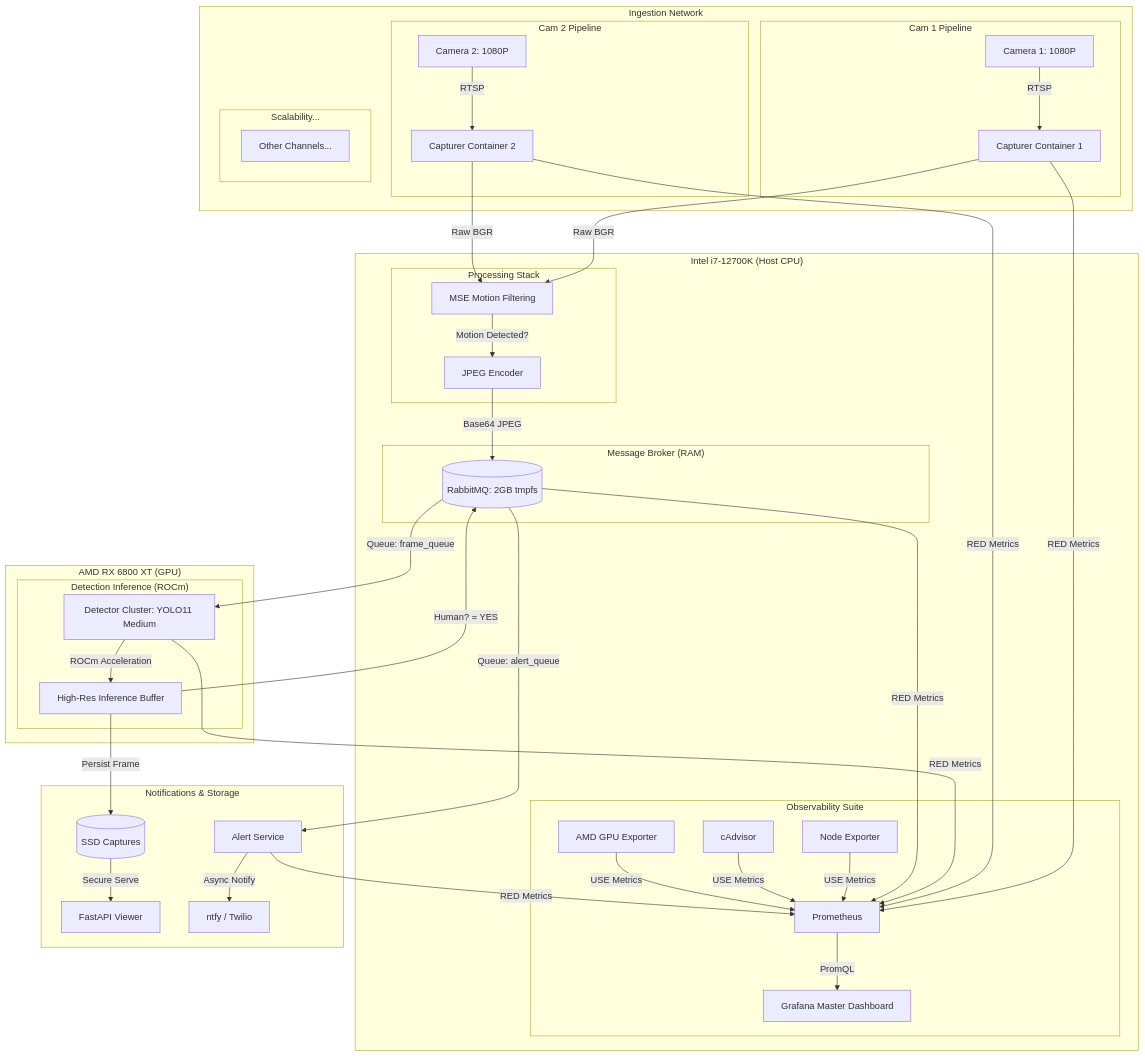
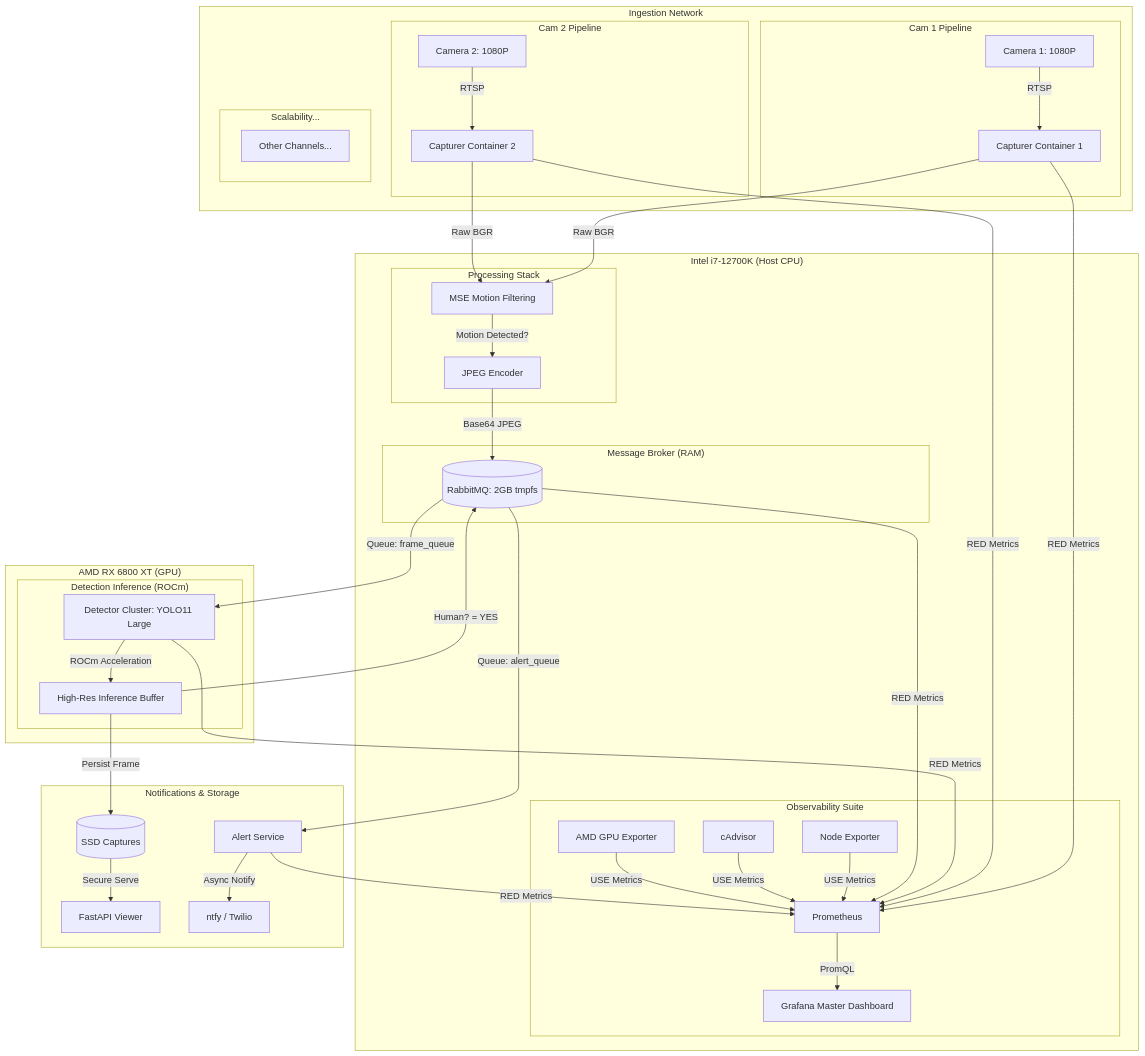
Before and after one commit to Tahsib/IntruderWatch: the diagram in README.md, drawn with Mermaid. The commit also changed other lines of this file and 1 other file, not shown here.

Commit message:
docs: synchronize README and architecture with current codebase specs

````diff
--- a/README.md
+++ b/README.md
@@ -9,69 +9,69 @@
 ```mermaid
 graph TD
     subgraph "Ingestion Network"
         subgraph "Cam 1 Pipeline"
             C1[Camera 1: 1080P]
             FC1[Capturer Container 1]
         end
         subgraph "Cam 2 Pipeline"
             C2[Camera 2: 1080P]
             FC2[Capturer Container 2]
         end
         subgraph "Scalability..."
             CX[Other Channels...]
         end
     end
 
     subgraph "Intel i7-12700K (Host CPU)"
         subgraph "Processing Stack"
             MSE[MSE Motion Filtering]
             ENC[JPEG Encoder]
         end
 
         subgraph "Message Broker (RAM)"
             RMQ[(RabbitMQ: 2GB tmpfs)]
         end
 
         subgraph "Observability Suite"
             PROM[Prometheus]
             GRAF[Grafana Master Dashboard]
             CADV[cAdvisor]
             NODE[Node Exporter]
             GPU_EXP[AMD GPU Exporter]
         end
     end
 
     subgraph "AMD RX 6800 XT (GPU)"
         subgraph "Detection Inference (ROCm)"
-            DET[Detector Cluster: YOLO11 Medium]
+            DET[Detector Cluster: YOLO11 Large]
             BUF[High-Res Inference Buffer]
         end
     end
 
     subgraph "Notifications & Storage"
         ALRT[Alert Service]
         VIEW[FastAPI Viewer]
         NOTI[ntfy / Twilio]
         DISK[(SSD Captures)]
     end
 
     %% Traffic Flow
     C1 -- "RTSP" --> FC1
     C2 -- "RTSP" --> FC2
 
     FC1 & FC2 -- "Raw BGR" --> MSE
     MSE -- "Motion Detected?" --> ENC
     ENC -- "Base64 JPEG" --> RMQ
     RMQ -- "Queue: frame_queue" --> DET
     DET -- "ROCm Acceleration" --> BUF
     BUF -- "Human? = YES" --> RMQ
     RMQ -- "Queue: alert_queue" --> ALRT
     BUF -- "Persist Frame" --> DISK
     ALRT -- "Async Notify" --> NOTI
     DISK -- "Secure Serve" --> VIEW
 
     %% Monitoring Flow
     FC1 & FC2 & DET & ALRT & RMQ -- "RED Metrics" --> PROM
     NODE & CADV & GPU_EXP -- "USE Metrics" --> PROM
     PROM -- "PromQL" --> GRAF
 ```
````
